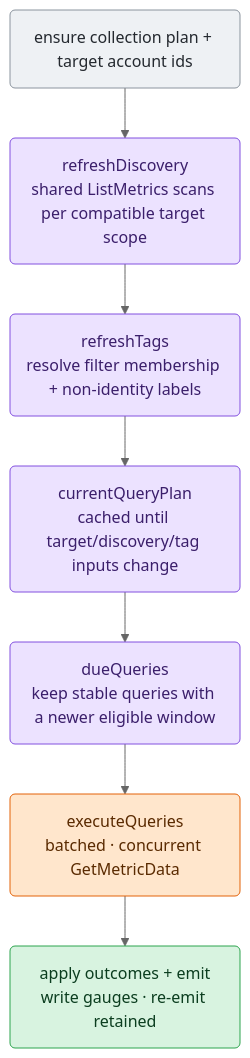
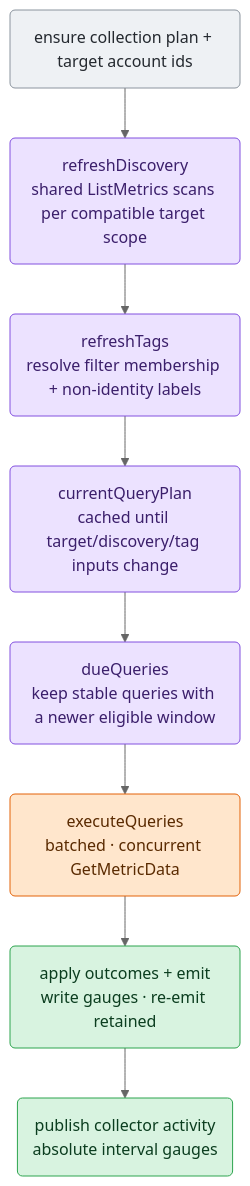
The third of 3 diagrams in src/go/plugin/go.d/collector/cloudwatch/ARCHITECTURE.md (netdata/netdata), drawn with Mermaid (neutral theme) before and after one commit. The commit also changed other lines of this file and 19 other files, not shown here.

Commit message:
feat(go.d/cloudwatch): expose collector activity metrics (#23123)

````diff
--- a/src/go/plugin/go.d/collector/cloudwatch/ARCHITECTURE.md
+++ b/src/go/plugin/go.d/collector/cloudwatch/ARCHITECTURE.md
@@ -129,22 +134,23 @@
 ```mermaid
 flowchart TD
     A("ensure collection plan + target account ids")
     B("refreshDiscovery<br/>shared ListMetrics scans per compatible target scope")
     C("refreshTags<br/>resolve filter membership + non-identity labels")
     D("currentQueryPlan<br/>cached until target/discovery/tag inputs change")
     E("dueQueries<br/>keep stable queries with a newer eligible window")
     F("executeQueries<br/>batched · concurrent GetMetricData")
     G("apply outcomes + emit<br/>write gauges · re-emit retained")
+    H("publish collector activity<br/>absolute interval gauges")
 
-    A --> B --> C --> D --> E --> F --> G
+    A --> B --> C --> D --> E --> F --> G --> H
 
     classDef input fill:#eef1f4,stroke:#8b949e,color:#24292f;
     classDef sched fill:#ece2ff,stroke:#8250df,color:#3b1f6b;
     classDef effect fill:#ffe6cc,stroke:#e36209,color:#5a2a00;
     classDef commit fill:#d8f3e0,stroke:#2da44e,color:#0b3d1f;
 
     class A input
     class B,C,D,E sched
     class F effect
-    class G commit
+    class G,H commit
 ```
````
